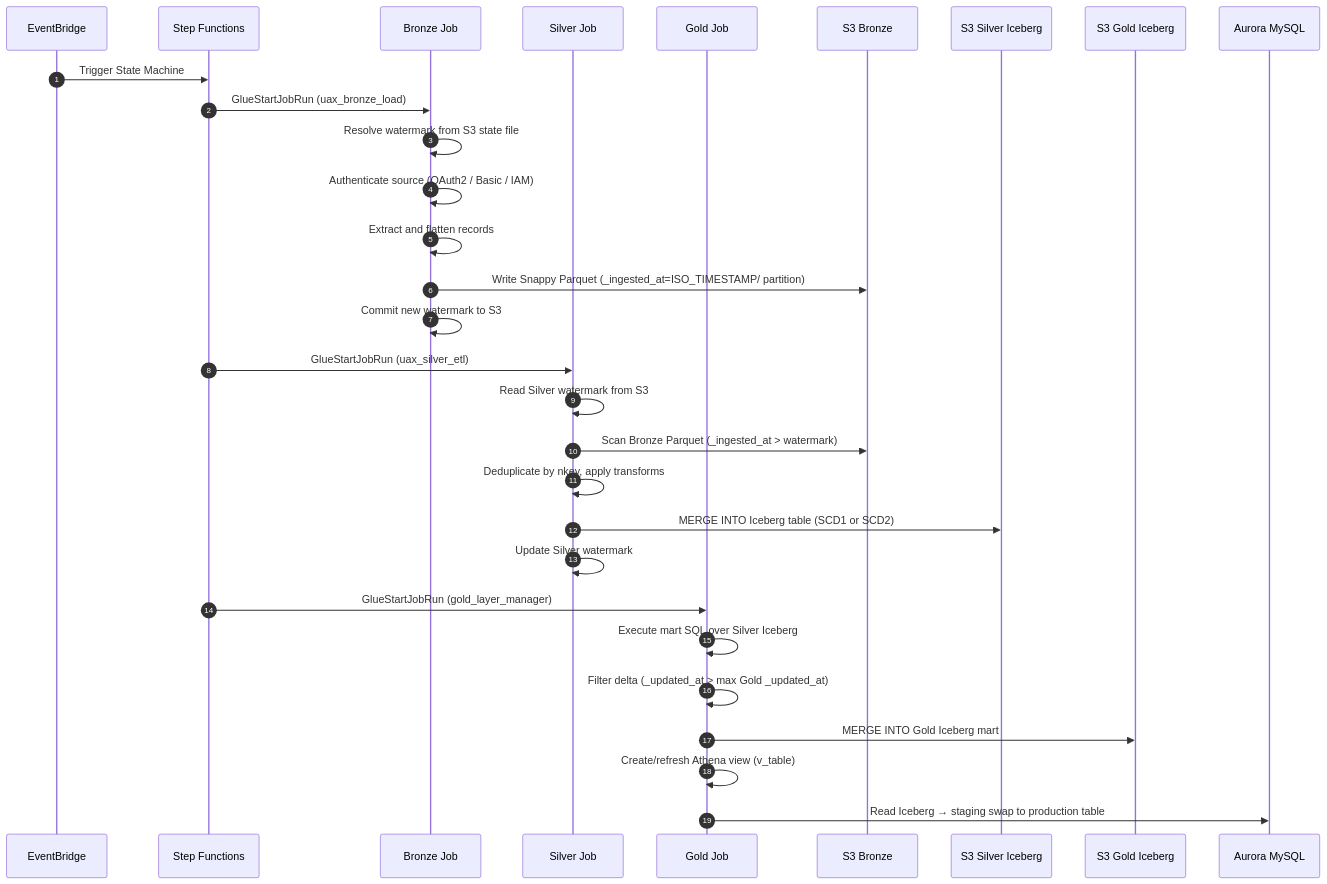
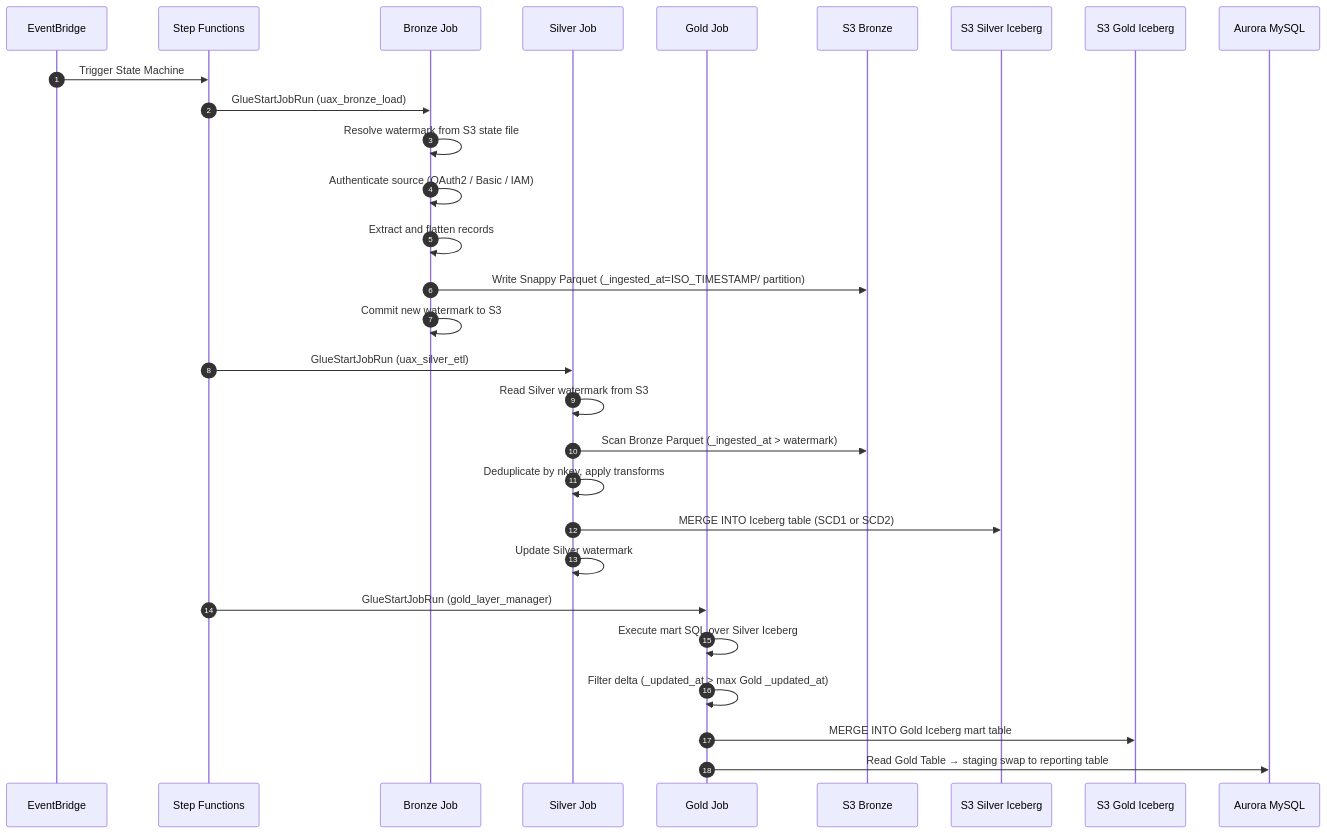
The second of 2 diagrams in docs/ARCHITECTURE.md (Nilkamal-m/Data-pipeline), drawn with Mermaid before and after one commit. The commit also changed other lines of this file and 7 other files, not shown here.

Commit message:
docs: standardize partitioning, string flags ('Y'/'N'), and decouple Gold Iceberg table from downstream reporting layer

````diff
--- a/docs/ARCHITECTURE.md
+++ b/docs/ARCHITECTURE.md
@@ -131,35 +131,34 @@
 ```mermaid
 sequenceDiagram
     autonumber
     participant EB as EventBridge
     participant SF as Step Functions
     participant BZ as Bronze Job
     participant SV as Silver Job
     participant GD as Gold Job
     participant S3B as S3 Bronze
     participant S3S as S3 Silver Iceberg
     participant S3G as S3 Gold Iceberg
     participant AURORA as Aurora MySQL
 
     EB->>SF: Trigger State Machine
     SF->>BZ: GlueStartJobRun (uax_bronze_load)
     BZ->>BZ: Resolve watermark from S3 state file
     BZ->>BZ: Authenticate source (OAuth2 / Basic / IAM)
     BZ->>BZ: Extract and flatten records
     BZ->>S3B: Write Snappy Parquet (_ingested_at=ISO_TIMESTAMP/ partition)
     BZ->>BZ: Commit new watermark to S3
 
     SF->>SV: GlueStartJobRun (uax_silver_etl)
     SV->>SV: Read Silver watermark from S3
     SV->>S3B: Scan Bronze Parquet (_ingested_at > watermark)
     SV->>SV: Deduplicate by nkey, apply transforms
     SV->>S3S: MERGE INTO Iceberg table (SCD1 or SCD2)
     SV->>SV: Update Silver watermark
 
     SF->>GD: GlueStartJobRun (gold_layer_manager)
     GD->>GD: Execute mart SQL over Silver Iceberg
     GD->>GD: Filter delta (_updated_at > max Gold _updated_at)
-    GD->>S3G: MERGE INTO Gold Iceberg mart
-    GD->>GD: Create/refresh Athena view (v_table)
-    GD->>AURORA: Read Iceberg → staging swap to production table
+    GD->>S3G: MERGE INTO Gold Iceberg mart table
+    GD->>AURORA: Read Gold Table → staging swap to reporting table
 ```
````
